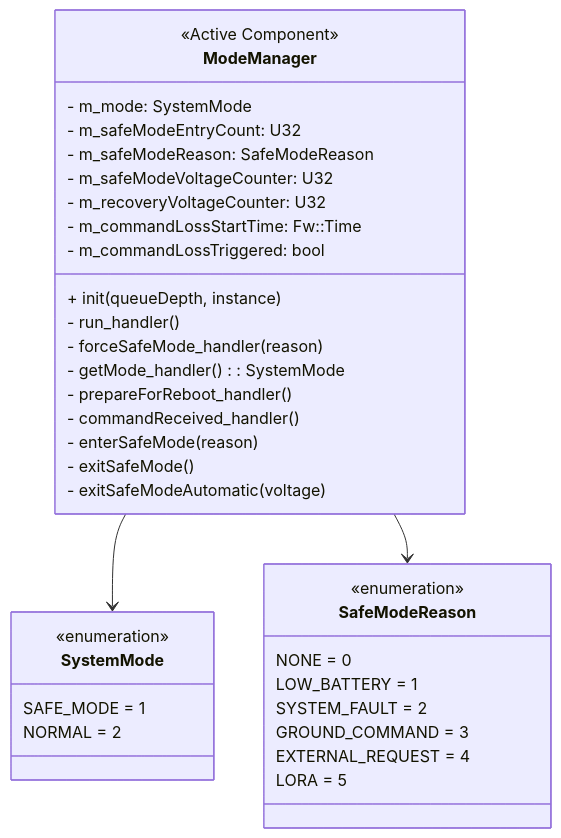
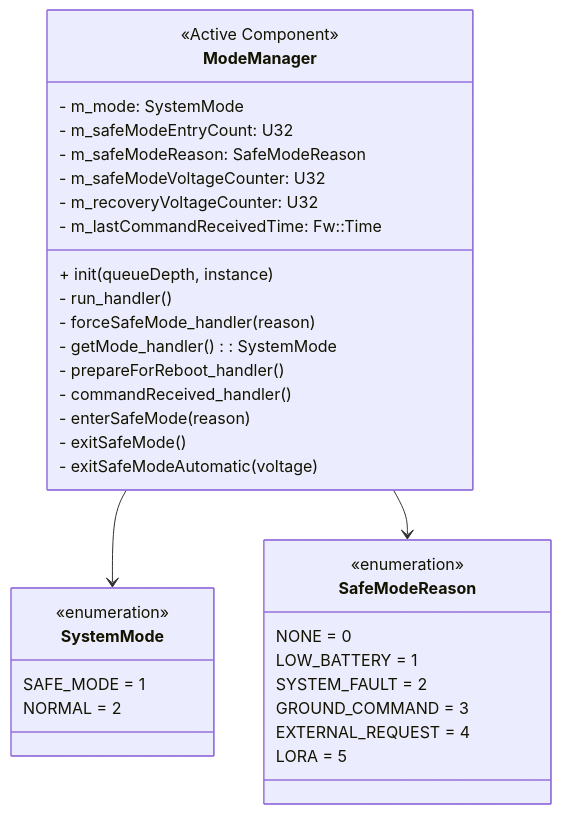
The first of 4 diagrams in PROVESFlightControllerReference/Components/ModeManager/docs/sdd.md (Open-Source-Space-Foundation/proves-core-reference), drawn with Mermaid before and after one commit. The commit also changed other lines of this file and 6 other files, not shown here.

````diff
--- a/PROVESFlightControllerReference/Components/ModeManager/docs/sdd.md
+++ b/PROVESFlightControllerReference/Components/ModeManager/docs/sdd.md
@@ -22,38 +22,37 @@
 ```mermaid
 classDiagram
     class ModeManager {
         <<Active Component>>
         - m_mode: SystemMode
         - m_safeModeEntryCount: U32
         - m_safeModeReason: SafeModeReason
         - m_safeModeVoltageCounter: U32
         - m_recoveryVoltageCounter: U32
-        - m_commandLossStartTime: Fw::Time
-        - m_commandLossTriggered: bool
+        - m_lastCommandReceivedTime: Fw::Time
         + init(queueDepth, instance)
         - run_handler()
         - forceSafeMode_handler(reason)
         - getMode_handler(): SystemMode
         - prepareForReboot_handler()
         - commandReceived_handler()
         - enterSafeMode(reason)
         - exitSafeMode()
         - exitSafeModeAutomatic(voltage)
     }
     class SystemMode {
         <<enumeration>>
         SAFE_MODE = 1
         NORMAL = 2
     }
     class SafeModeReason {
         <<enumeration>>
         NONE = 0
         LOW_BATTERY = 1
         SYSTEM_FAULT = 2
         GROUND_COMMAND = 3
         EXTERNAL_REQUEST = 4
         LORA = 5
     }
     ModeManager --> SystemMode
     ModeManager --> SafeModeReason
 ```
````
